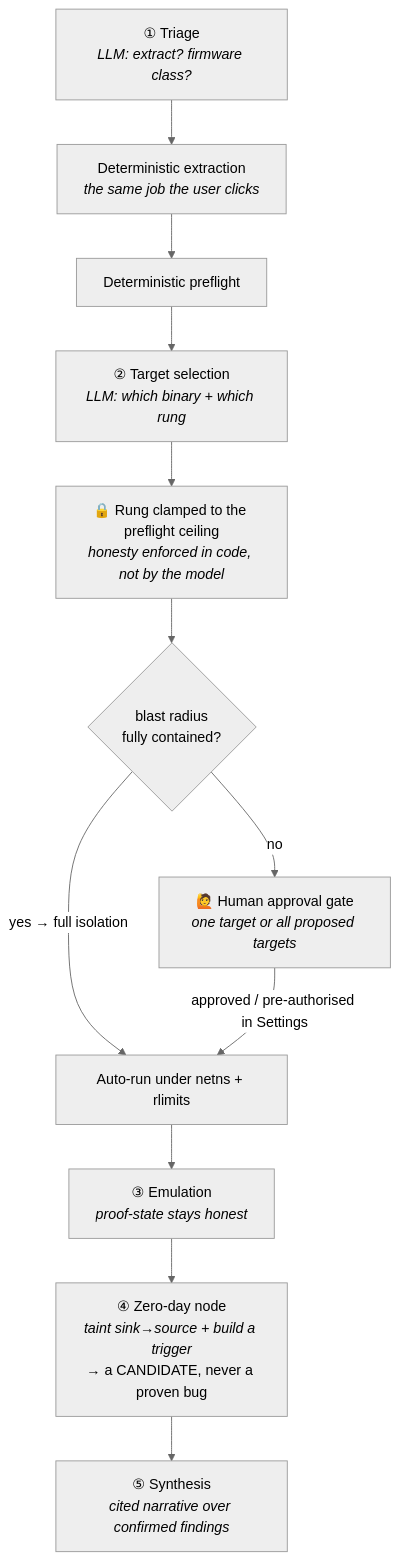
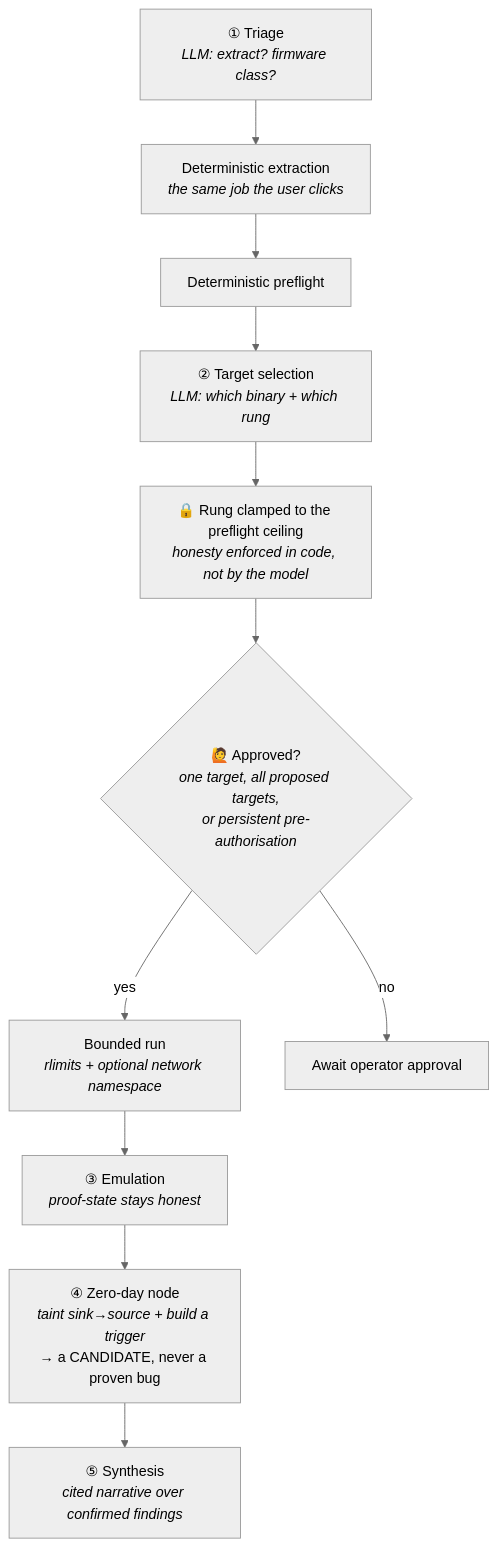
The fifth of 5 diagrams in README.md (founder4/firmlab), drawn with Mermaid (neutral theme) before and after one commit. The commit also changed other lines of this file and 35 other files, not shown here.

````diff
--- a/README.md
+++ b/README.md
@@ -230,14 +232,13 @@
 ```mermaid
 flowchart TD
     T["① Triage<br/><i>LLM: extract? firmware class?</i>"] --> X["Deterministic extraction<br/><i>the same job the user clicks</i>"]
     X --> PF["Deterministic preflight"]
     PF --> TS["② Target selection<br/><i>LLM: which binary + which rung</i>"]
     TS --> CL["🔒 Rung clamped to the preflight ceiling<br/><i>honesty enforced in code, not by the model</i>"]
-    CL --> Q{blast radius<br/>fully contained?}
-    Q -->|"yes → full isolation"| RUN["Auto-run under netns + rlimits"]
-    Q -->|"no"| GATE["🙋 Human approval gate<br/><i>one target or all proposed targets</i>"]
-    GATE -->|approved / pre-authorised in Settings| RUN
+    CL --> GATE{"🙋 Approved?<br/><i>one target, all proposed targets,<br/>or persistent pre-authorisation</i>"}
+    GATE -->|yes| RUN["Bounded run<br/><i>rlimits + optional network namespace</i>"]
+    GATE -->|no| WAIT["Await operator approval"]
     RUN --> EMU["③ Emulation<br/><i>proof-state stays honest</i>"]
     EMU --> ZD["④ Zero-day node<br/><i>taint sink→source + build a trigger</i><br/>→ a CANDIDATE, never a proven bug"]
     ZD --> SY["⑤ Synthesis<br/><i>cited narrative over confirmed findings</i>"]
 ```
````
